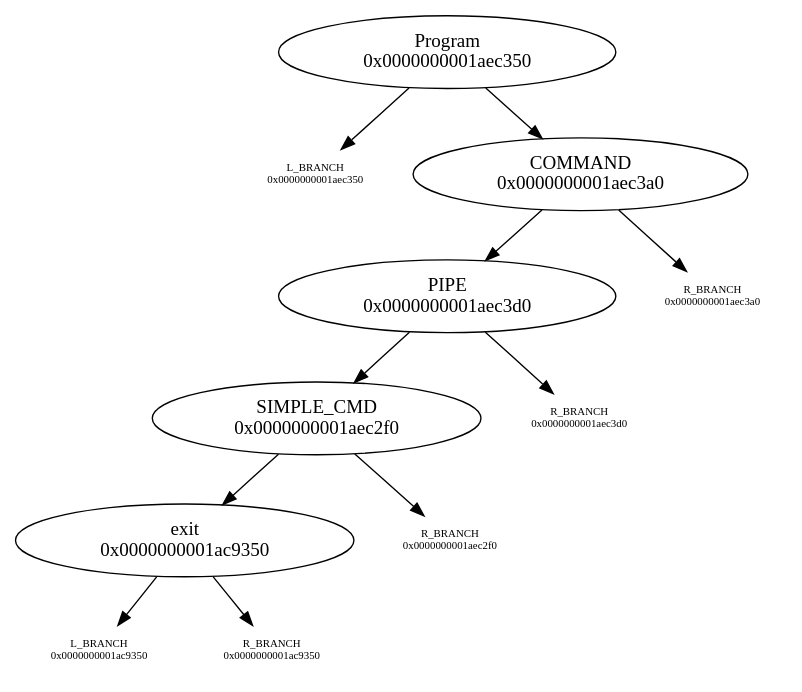
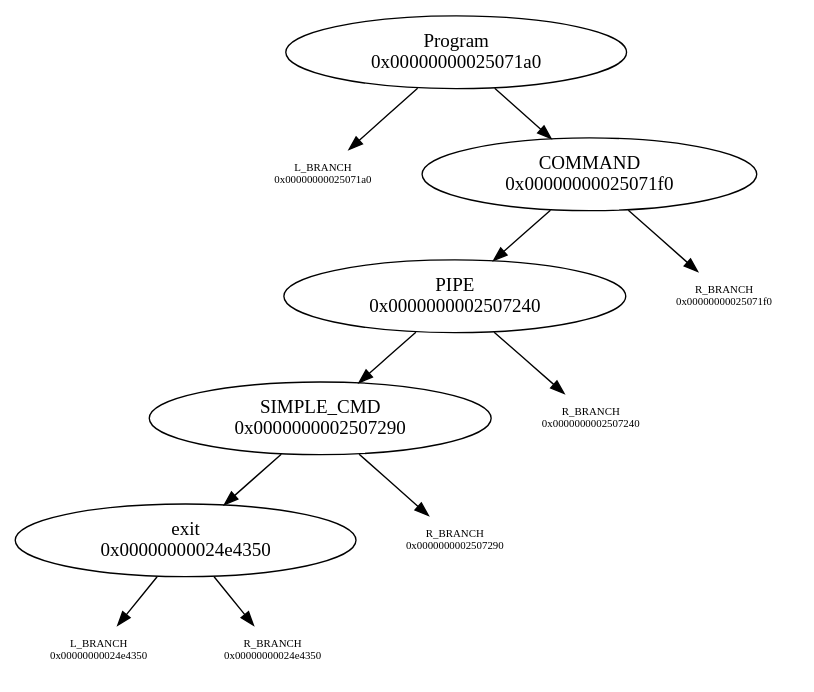
The diagram in graph.dot (N-4-Nina/Minishell), drawn with Graphviz before and after one commit. The commit also changed 33 other files, not shown here.

```diff
--- a/graph.dot
+++ b/graph.dot
@@ -1,19 +1,19 @@
 digraph graphname {
-"Program\n0x0000000001aec350" -> "L_BRANCH\n0x0000000001aec350";
-"L_BRANCH\n0x0000000001aec350" [shape=none fontsize=8]
-"Program\n0x0000000001aec350" -> "COMMAND\n0x0000000001aec3a0";
-"COMMAND\n0x0000000001aec3a0" -> "PIPE\n0x0000000001aec3d0";
-"COMMAND\n0x0000000001aec3a0" -> "R_BRANCH\n0x0000000001aec3a0";
-"R_BRANCH\n0x0000000001aec3a0" [shape=none fontsize=8]
-"PIPE\n0x0000000001aec3d0" -> "SIMPLE_CMD\n0x0000000001aec2f0";
-"PIPE\n0x0000000001aec3d0" -> "R_BRANCH\n0x0000000001aec3d0";
-"R_BRANCH\n0x0000000001aec3d0" [shape=none fontsize=8]
-"SIMPLE_CMD\n0x0000000001aec2f0" -> "exit\n0x0000000001ac9350";
-"SIMPLE_CMD\n0x0000000001aec2f0" -> "R_BRANCH\n0x0000000001aec2f0";
-"R_BRANCH\n0x0000000001aec2f0" [shape=none fontsize=8]
-"exit\n0x0000000001ac9350" -> "L_BRANCH\n0x0000000001ac9350";
-"L_BRANCH\n0x0000000001ac9350" [shape=none fontsize=8]
-"exit\n0x0000000001ac9350" -> "R_BRANCH\n0x0000000001ac9350";
-"R_BRANCH\n0x0000000001ac9350" [shape=none fontsize=8]
+"Program\n0x00000000025071a0" -> "L_BRANCH\n0x00000000025071a0";
+"L_BRANCH\n0x00000000025071a0" [shape=none fontsize=8]
+"Program\n0x00000000025071a0" -> "COMMAND\n0x00000000025071f0";
+"COMMAND\n0x00000000025071f0" -> "PIPE\n0x0000000002507240";
+"COMMAND\n0x00000000025071f0" -> "R_BRANCH\n0x00000000025071f0";
+"R_BRANCH\n0x00000000025071f0" [shape=none fontsize=8]
+"PIPE\n0x0000000002507240" -> "SIMPLE_CMD\n0x0000000002507290";
+"PIPE\n0x0000000002507240" -> "R_BRANCH\n0x0000000002507240";
+"R_BRANCH\n0x0000000002507240" [shape=none fontsize=8]
+"SIMPLE_CMD\n0x0000000002507290" -> "exit\n0x00000000024e4350";
+"SIMPLE_CMD\n0x0000000002507290" -> "R_BRANCH\n0x0000000002507290";
+"R_BRANCH\n0x0000000002507290" [shape=none fontsize=8]
+"exit\n0x00000000024e4350" -> "L_BRANCH\n0x00000000024e4350";
+"L_BRANCH\n0x00000000024e4350" [shape=none fontsize=8]
+"exit\n0x00000000024e4350" -> "R_BRANCH\n0x00000000024e4350";
+"R_BRANCH\n0x00000000024e4350" [shape=none fontsize=8]
 
 }
```
